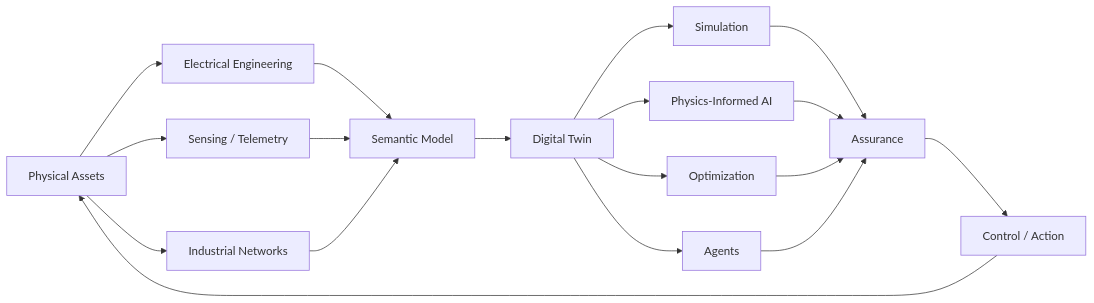
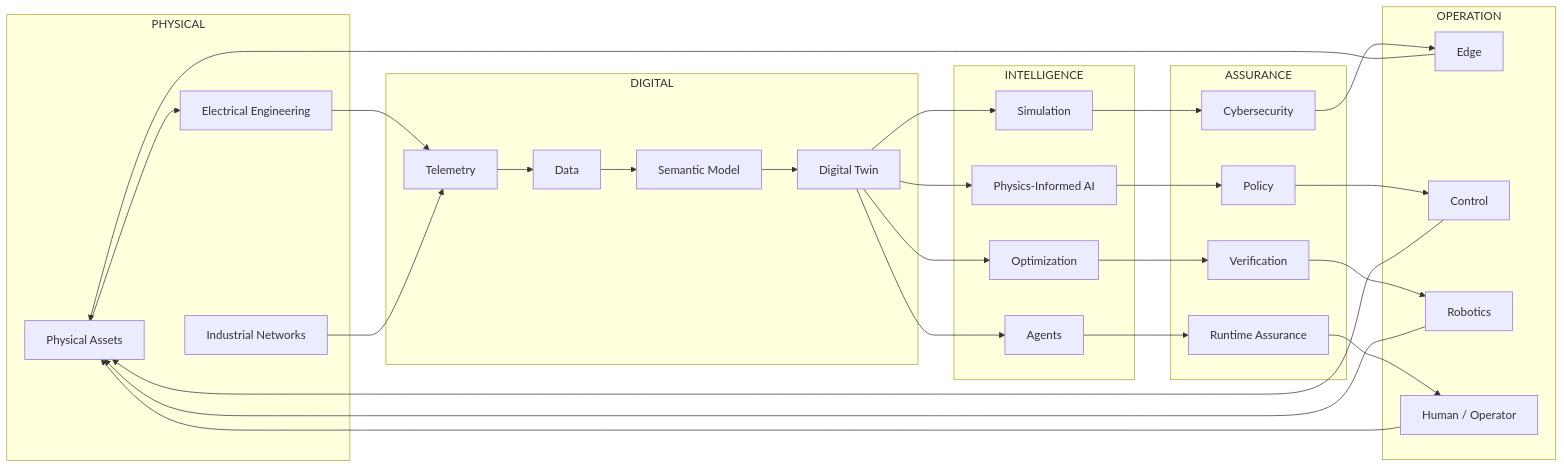
Before and after one commit to iceccarelli/iceccarelli: the fourth of 33 diagrams in README.md, drawn with Mermaid. The commit also changed other lines of this file, not shown here.

````diff
--- a/README.md
+++ b/README.md
@@ -143,28 +150,56 @@
 ```mermaid
 flowchart LR
-    P[Physical Assets]
 
-    P --> E[Electrical Engineering]
-    P --> S[Sensing / Telemetry]
-    P --> R[Industrial Networks]
+    subgraph P["PHYSICAL"]
+        PA[Physical Assets]
+        EE[Electrical Engineering]
+        OT[Industrial Networks]
+    end
 
-    E --> M[Semantic Model]
-    S --> M
-    R --> M
+    subgraph D["DIGITAL"]
+        TEL[Telemetry]
+        DATA[Data]
+        SEM[Semantic Model]
+        DT[Digital Twin]
+    end
 
-    M --> T[Digital Twin]
+    subgraph I["INTELLIGENCE"]
+        SIM[Simulation]
+        ML[Physics-Informed AI]
+        OPT[Optimization]
+        AG[Agents]
+    end
 
-    T --> SIM[Simulation]
-    T --> AI[Physics-Informed AI]
-    T --> OPT[Optimization]
-    T --> AG[Agents]
+    subgraph A["ASSURANCE"]
+        SEC[Cybersecurity]
+        POL[Policy]
+        VER[Verification]
+        RUN[Runtime Assurance]
+    end
 
-    SIM --> A[Assurance]
-    AI --> A
-    OPT --> A
-    AG --> A
+    subgraph O["OPERATION"]
+        EDGE[Edge]
+        CTRL[Control]
+        ROB[Robotics]
+        HUM[Human / Operator]
+    end
 
-    A --> C[Control / Action]
-
-    C --> P
+    PA --> EE --> TEL --> DATA --> SEM --> DT
+    OT --> TEL
+    DT --> SIM
+    DT --> ML
+    DT --> OPT
+    DT --> AG
+    SIM --> SEC
+    ML --> POL
+    OPT --> VER
+    AG --> RUN
+    SEC --> EDGE
+    POL --> CTRL
+    VER --> ROB
+    RUN --> HUM
+    EDGE --> PA
+    CTRL --> PA
+    ROB --> PA
+    HUM --> PA
 ```
````
